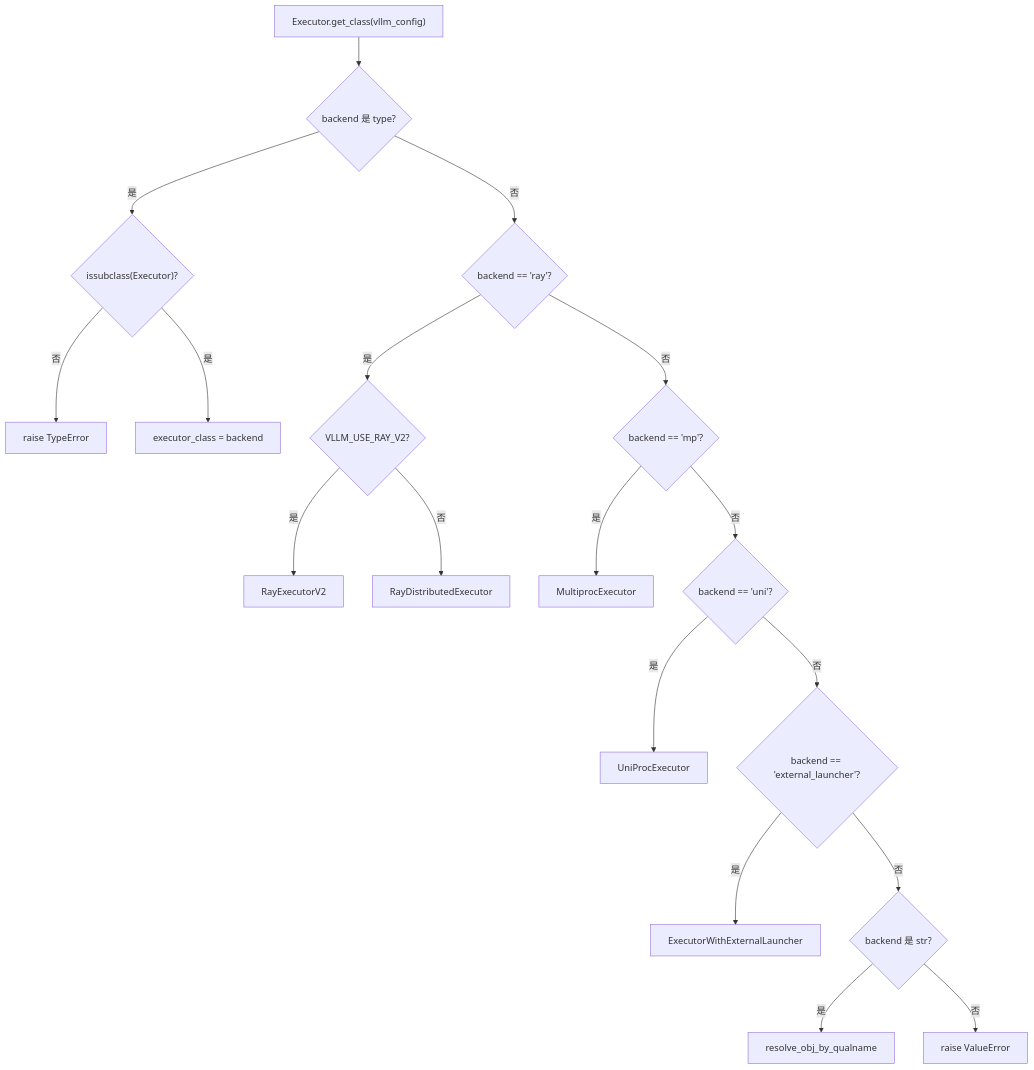
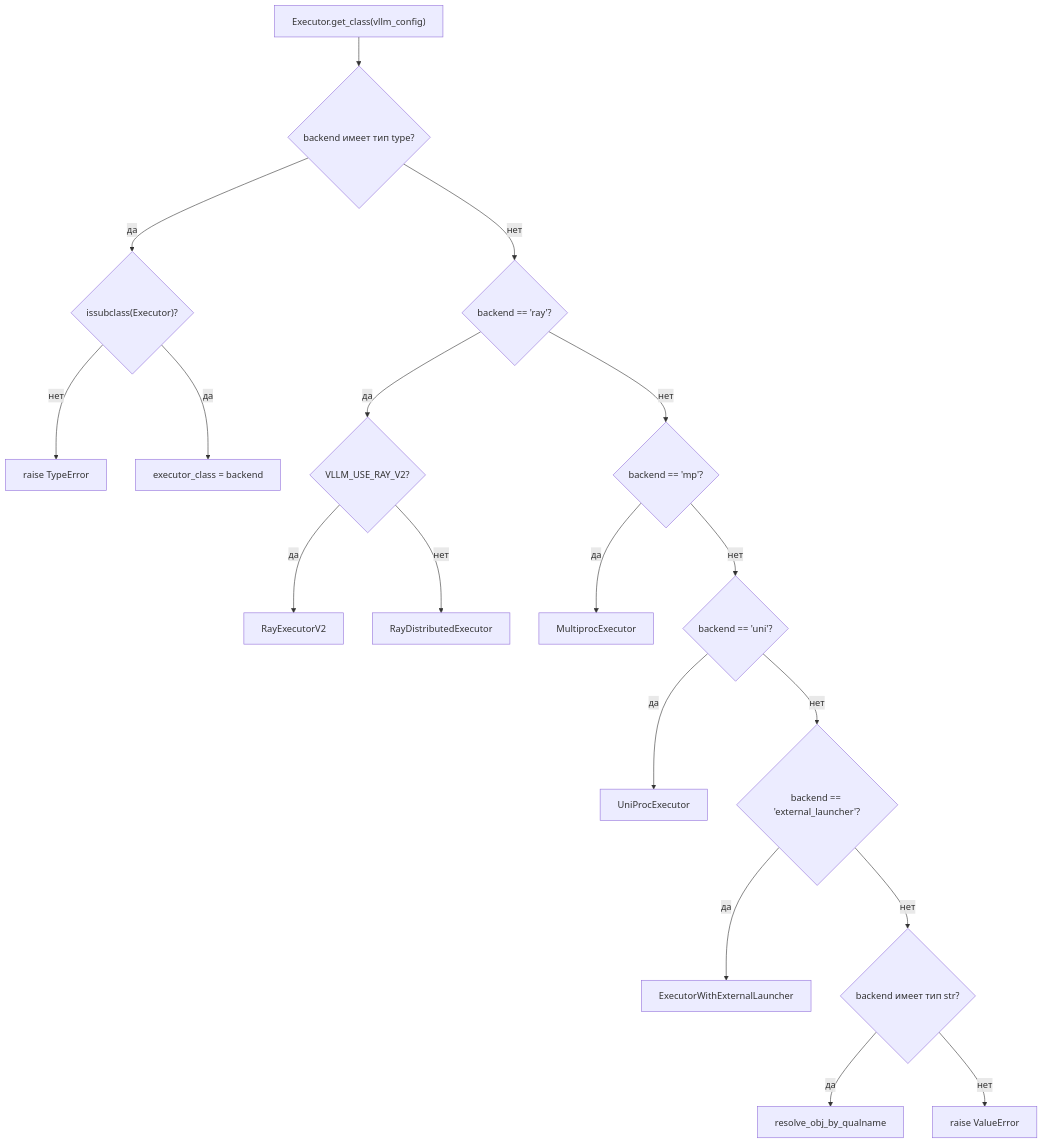
The first of 2 diagrams in books/vllm/ru/05-continuous-batching-and-scheduling.md (maleRjc/AiReadCodeBooks), drawn with Mermaid before and after one commit. The commit also changed other lines of this file and 74 other files, not shown here.

````diff
--- a/books/vllm/ru/05-continuous-batching-and-scheduling.md
+++ b/books/vllm/ru/05-continuous-batching-and-scheduling.md
@@ -31,20 +31,20 @@
 ```mermaid
 flowchart TD
-    start["Executor.get_class(vllm_config)"] --> check_type{"backend 是 type?"}
-    check_type -->|是| verify_sub{"issubclass(Executor)?"}
-    verify_sub -->|否| err_type["raise TypeError"]
-    verify_sub -->|是| use_direct["executor_class = backend"]
-    check_type -->|否| check_ray{"backend == 'ray'?"}
-    check_ray -->|是| ray_v2{"VLLM_USE_RAY_V2?"}
-    ray_v2 -->|是| use_rayv2["RayExecutorV2"]
-    ray_v2 -->|否| use_ray["RayDistributedExecutor"]
-    check_ray -->|否| check_mp{"backend == 'mp'?"}
-    check_mp -->|是| use_mp["MultiprocExecutor"]
-    check_mp -->|否| check_uni{"backend == 'uni'?"}
-    check_uni -->|是| use_uni["UniProcExecutor"]
-    check_uni -->|否| check_ext{"backend == 'external_launcher'?"}
-    check_ext -->|是| use_ext["ExecutorWithExternalLauncher"]
-    check_ext -->|否| check_str{"backend 是 str?"}
-    check_str -->|是| resolve["resolve_obj_by_qualname"]
-    check_str -->|否| err_unknown["raise ValueError"]
+    start["Executor.get_class(vllm_config)"] --> check_type{"backend имеет тип type?"}
+    check_type -->|да| verify_sub{"issubclass(Executor)?"}
+    verify_sub -->|нет| err_type["raise TypeError"]
+    verify_sub -->|да| use_direct["executor_class = backend"]
+    check_type -->|нет| check_ray{"backend == 'ray'?"}
+    check_ray -->|да| ray_v2{"VLLM_USE_RAY_V2?"}
+    ray_v2 -->|да| use_rayv2["RayExecutorV2"]
+    ray_v2 -->|нет| use_ray["RayDistributedExecutor"]
+    check_ray -->|нет| check_mp{"backend == 'mp'?"}
+    check_mp -->|да| use_mp["MultiprocExecutor"]
+    check_mp -->|нет| check_uni{"backend == 'uni'?"}
+    check_uni -->|да| use_uni["UniProcExecutor"]
+    check_uni -->|нет| check_ext{"backend == 'external_launcher'?"}
+    check_ext -->|да| use_ext["ExecutorWithExternalLauncher"]
+    check_ext -->|нет| check_str{"backend имеет тип str?"}
+    check_str -->|да| resolve["resolve_obj_by_qualname"]
+    check_str -->|нет| err_unknown["raise ValueError"]
 ```
````
